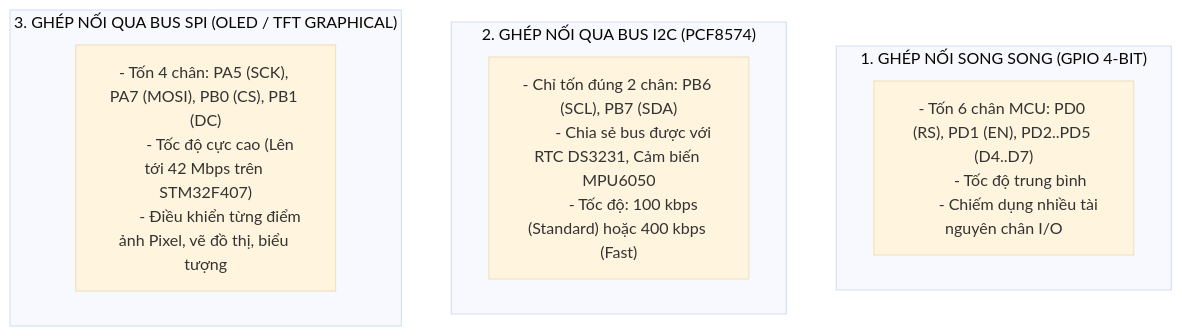
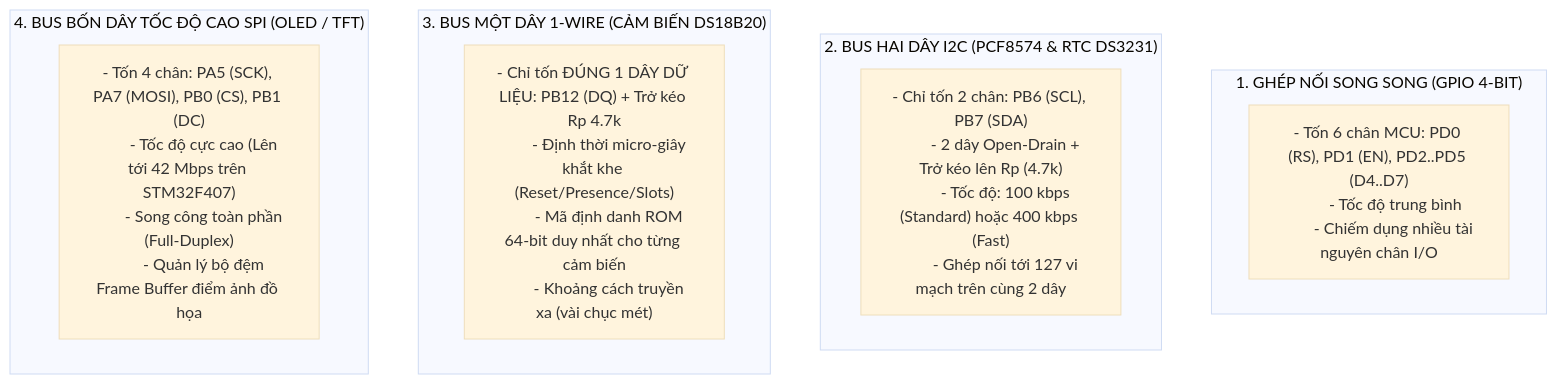
The first of 3 diagrams in 01 - Projects/Giao_Trinh_Dieu_Khien_Ngoai_Vi/Chuong_06_Man_Hinh_LCD_Bus_I2C_Va_SPI/Noi_Dung_Chuong_06.md (Phanngocky/GNNV), drawn with Mermaid (base theme) before and after one commit. The commit also changed other lines of this file and 5 other files, not shown here.

````diff
--- a/01 - Projects/Giao_Trinh_Dieu_Khien_Ngoai_Vi/Chuong_06_Man_Hinh_LCD_Bus_I2C_Va_SPI/Noi_Dung_Chuong_06.md
+++ b/01 - Projects/Giao_Trinh_Dieu_Khien_Ngoai_Vi/Chuong_06_Man_Hinh_LCD_Bus_I2C_Va_SPI/Noi_Dung_Chuong_06.md
@@ -18,20 +19,29 @@
 ```mermaid
 flowchart TD
-    subgraph GPIO_Parallel["1. GHÉP NỐI SONG SONG (GPIO 4-BIT)"]
+    subgraph Parallel_Bus["1. GHÉP NỐI SONG SONG (GPIO 4-BIT)"]
         G1["- Tốn 6 chân MCU: PD0 (RS), PD1 (EN), PD2..PD5 (D4..D7)
         - Tốc độ trung bình
         - Chiếm dụng nhiều tài nguyên chân I/O"]
     end
 
-    subgraph I2C_Bus["2. GHÉP NỐI QUA BUS I2C (PCF8574)"]
-        I1["- Chỉ tốn đúng 2 chân: PB6 (SCL), PB7 (SDA)
-        - Chia sẻ bus được với RTC DS3231, Cảm biến MPU6050
-        - Tốc độ: 100 kbps (Standard) hoặc 400 kbps (Fast)"]
+    subgraph I2C_Bus["2. BUS HAI DÂY I2C (PCF8574 & RTC DS3231)"]
+        I1["- Chỉ tốn 2 chân: PB6 (SCL), PB7 (SDA)
+        - 2 dây Open-Drain + Trở kéo lên Rp (4.7k)
+        - Tốc độ: 100 kbps (Standard) hoặc 400 kbps (Fast)
+        - Ghép nối tới 127 vi mạch trên cùng 2 dây"]
     end
 
-    subgraph SPI_Bus["3. GHÉP NỐI QUA BUS SPI (OLED / TFT GRAPHICAL)"]
+    subgraph OneWire_Bus["3. BUS MỘT DÂY 1-WIRE (CẢM BIẾN DS18B20)"]
+        W1["- Chỉ tốn ĐÚNG 1 DÂY DỮ LIỆU: PB12 (DQ) + Trở kéo Rp 4.7k
+        - Định thời micro-giây khắt khe (Reset/Presence/Slots)
+        - Mã định danh ROM 64-bit duy nhất cho từng cảm biến
+        - Khoảng cách truyền xa (vài chục mét)"]
+    end
+
+    subgraph SPI_Bus["4. BUS BỐN DÂY TỐC ĐỘ CAO SPI (OLED / TFT)"]
         S1["- Tốn 4 chân: PA5 (SCK), PA7 (MOSI), PB0 (CS), PB1 (DC)
         - Tốc độ cực cao (Lên tới 42 Mbps trên STM32F407)
-        - Điều khiển từng điểm ảnh Pixel, vẽ đồ thị, biểu tượng"]
+        - Song công toàn phần (Full-Duplex)
+        - Quản lý bộ đệm Frame Buffer điểm ảnh đồ họa"]
     end
 ```
````
